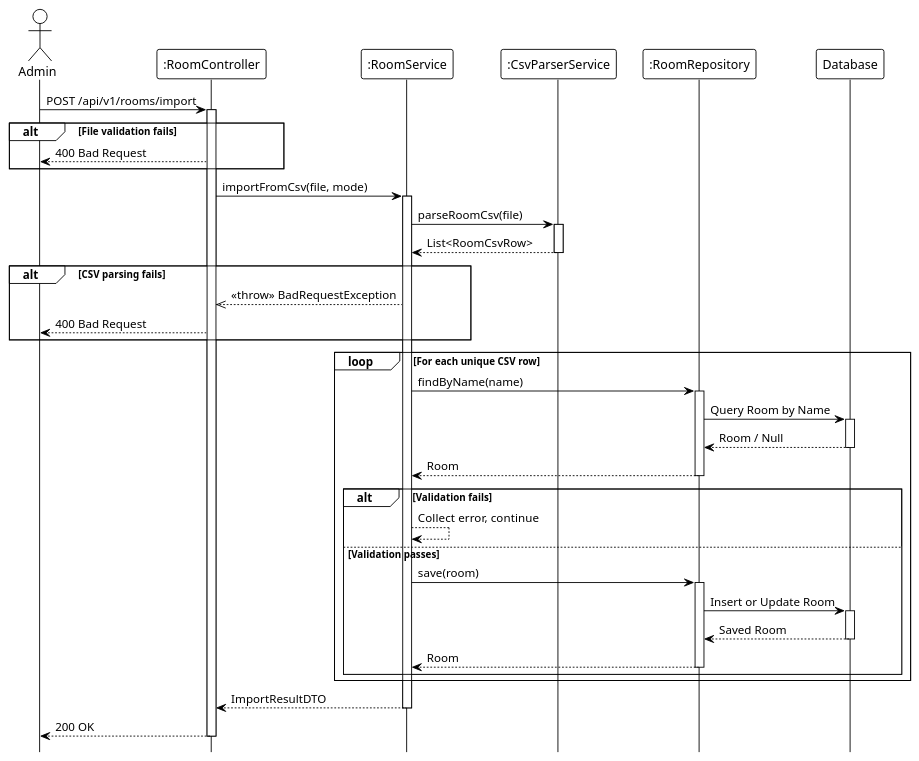
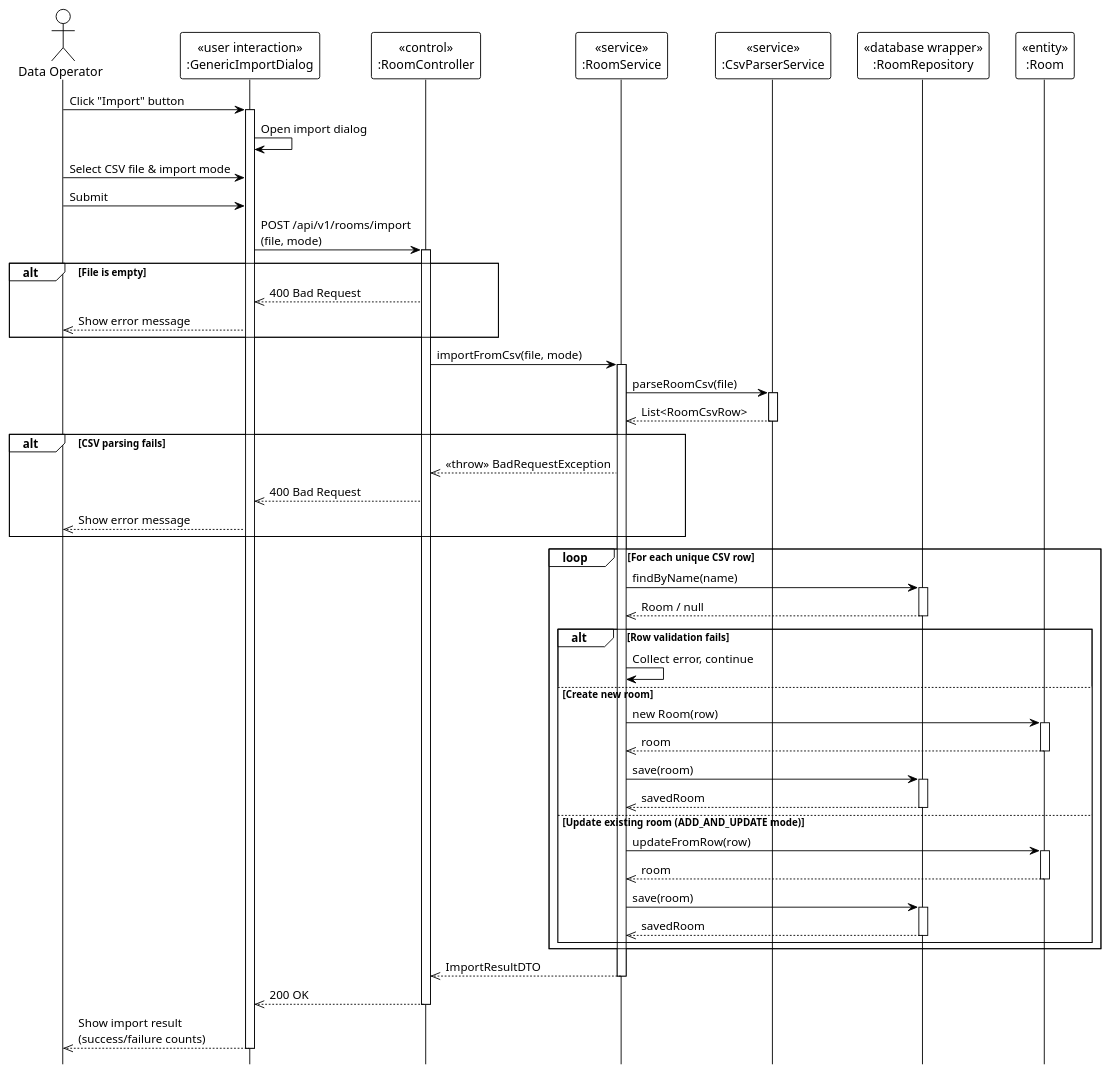
Before and after one commit to Ndh474/context: the diagram in system_detailed_design/60_import_csv_room/sequence_diagram_import_csv_room.puml, drawn with PlantUML. The commit also changed 5 other files, not shown here.

Commit message:
docs(system_detailed_design): add UML stereotypes to room sequence diagrams

```diff
--- a/system_detailed_design/60_import_csv_room/sequence_diagram_import_csv_room.puml
+++ b/system_detailed_design/60_import_csv_room/sequence_diagram_import_csv_room.puml
@@ -1,80 +1,87 @@
 @startuml import_csv_room
 !theme plain
 hide footbox
 
-actor Admin
-participant ":RoomController" as Controller
-participant ":RoomService" as Service
-participant ":CsvParserService" as CsvParser
-participant ":RoomRepository" as Repository
-participant "Database" as DB
+actor "Data Operator" as DataOperator
 
-' --- MAIN FLOW ---
-Admin -> Controller: POST /api/v1/rooms/import
+participant "«user interaction»\n:GenericImportDialog" as UI
+participant "«control»\n:RoomController" as Controller
+participant "«service»\n:RoomService" as Service
+participant "«service»\n:CsvParserService" as CsvParser
+participant "«database wrapper»\n:RoomRepository" as Repository
+participant "«entity»\n:Room" as Entity
+
+' === MAIN FLOW ===
+DataOperator -> UI: Click "Import" button
+activate UI
+
+UI -> UI: Open import dialog
+
+DataOperator -> UI: Select CSV file & import mode
+
+DataOperator -> UI: Submit
+UI -> Controller: POST /api/v1/rooms/import\n(file, mode)
 activate Controller
 
-' File validation (internal)
-
-alt File validation fails
-    Controller --> Admin: 400 Bad Request
+alt File is empty
+    Controller -->> UI: 400 Bad Request
+    UI -->> DataOperator: Show error message
 end
 
 Controller -> Service: importFromCsv(file, mode)
 activate Service
 
-' --- PARSE CSV ---
+' === PARSE CSV ===
 Service -> CsvParser: parseRoomCsv(file)
 activate CsvParser
-
-CsvParser --> Service: List<RoomCsvRow>
+CsvParser -->> Service: List<RoomCsvRow>
 deactivate CsvParser
 
 alt CSV parsing fails
     Service -->> Controller: <<throw>> BadRequestException
-    Controller --> Admin: 400 Bad Request
+    Controller -->> UI: 400 Bad Request
+    UI -->> DataOperator: Show error message
 end
 
-' CSV deduplication (internal)
-
-' --- BATCH PROCESSING LOOP ---
+' === BATCH PROCESSING ===
 loop For each unique CSV row
-    ' Row validation (internal: name validation)
-
     Service -> Repository: findByName(name)
     activate Repository
-    
-    Repository -> DB: Query Room by Name
-    activate DB
-    DB --> Repository: Room / Null
-    deactivate DB
-    
-    Repository --> Service: Room
+    Repository -->> Service: Room / null
     deactivate Repository
-    
-    ' Business logic: create or update based on mode (internal)
-    
-    alt Validation fails
-        Service --> Service: Collect error, continue
-    else Validation passes
+
+    alt Row validation fails
+        Service -> Service: Collect error, continue
+    else Create new room
+        Service -> Entity: new Room(row)
+        activate Entity
+        Entity -->> Service: room
+        deactivate Entity
+
         Service -> Repository: save(room)
         activate Repository
-        
-        Repository -> DB: Insert or Update Room
-        activate DB
-        DB --> Repository: Saved Room
-        deactivate DB
-        
-        Repository --> Service: Room
+        Repository -->> Service: savedRoom
+        deactivate Repository
+    else Update existing room (ADD_AND_UPDATE mode)
+        Service -> Entity: updateFromRow(row)
+        activate Entity
+        Entity -->> Service: room
+        deactivate Entity
+
+        Service -> Repository: save(room)
+        activate Repository
+        Repository -->> Service: savedRoom
         deactivate Repository
     end
 end
 
-' Build result with success/failure counts (internal)
-
-Service --> Controller: ImportResultDTO
+Service -->> Controller: ImportResultDTO
 deactivate Service
 
-Controller --> Admin: 200 OK
+Controller -->> UI: 200 OK
 deactivate Controller
 
+UI -->> DataOperator: Show import result\n(success/failure counts)
+deactivate UI
+
 @enduml
```
